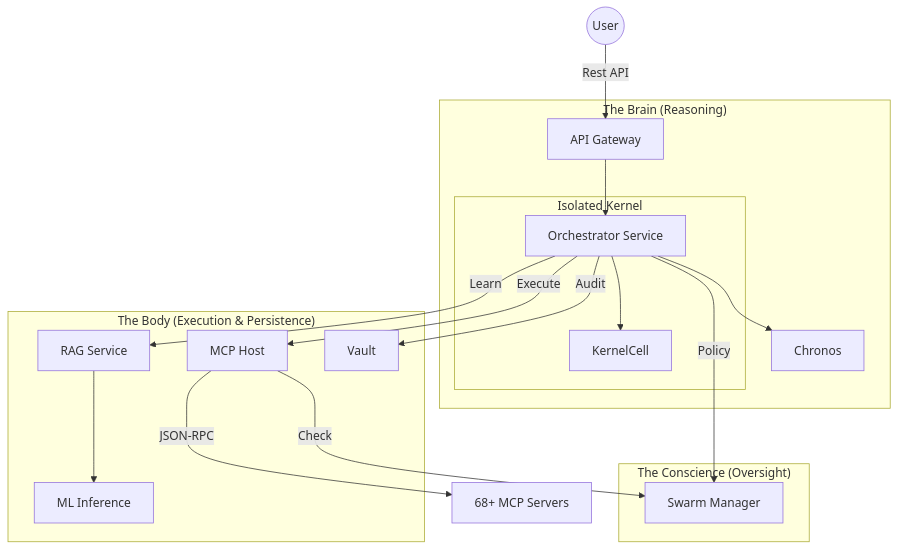
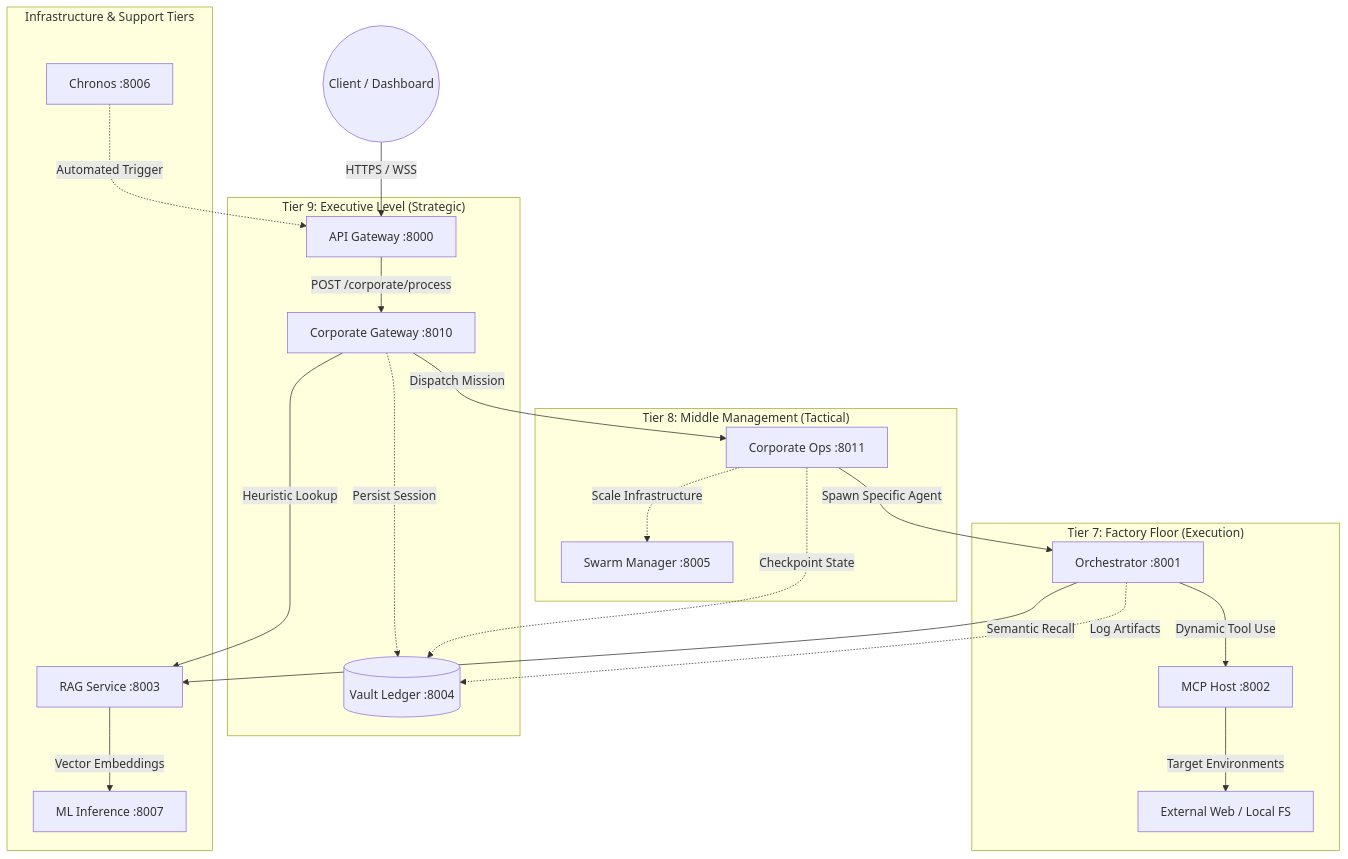
Before and after one commit to azzindani/Kea: the diagram in services/README.md, drawn with Mermaid. The commit also changed other lines of this file and 220 other files, not shown here.

Commit message:
feat: Establish core service infrastructure and populate initial knowledge base with diverse strategies, skills, models, and references.

````diff
--- a/services/README.md
+++ b/services/README.md
@@ -18,26 +37,30 @@
 ```mermaid
 graph TD
-    User((User)) -->|Rest API| Gateway[API Gateway]
+    User((Client / Dashboard)) -->|HTTPS / WSS| ApiGateway[API Gateway :8000]
     
-    subgraph "The Brain (Reasoning)"
-        Gateway --> Orchestrator[Orchestrator Service]
-        subgraph Kernel [Isolated Kernel]
-            Orchestrator --> Cell[KernelCell]
-        end
-        Orchestrator --> Chronos[Chronos]
+    subgraph "Tier 9: Executive Level (Strategic)"
+        ApiGateway -->|POST /corporate/process| CorpGateway[Corporate Gateway :8010]
+        CorpGateway -.->|Persist Session| Vault
     end
     
-    subgraph "The Body (Execution & Persistence)"
-        Orchestrator -->|Execute| Host[MCP Host]
-        Orchestrator -->|Learn| RAG[RAG Service]
-        Orchestrator -->|Audit| Vault[Vault]
-        RAG --> ML[ML Inference]
+    subgraph "Tier 8: Middle Management (Tactical)"
+        CorpGateway -->|Dispatch Mission| CorpOps[Corporate Ops :8011]
+        CorpOps -.->|Checkpoint State| Vault
+        CorpOps -.->|Scale Infrastructure| Swarm[Swarm Manager :8005]
     end
     
-    subgraph "The Conscience (Oversight)"
-        Host -->|Check| Manager[Swarm Manager]
-        Orchestrator -->|Policy| Manager
+    subgraph "Tier 7: Factory Floor (Execution)"
+        CorpOps -->|Spawn Specific Agent| Orchestrator[Orchestrator :8001]
+        Orchestrator -.->|Log Artifacts| Vault
+        Orchestrator -->|Dynamic Tool Use| Host[MCP Host :8002]
+        Host -->|Target Environments| ExternalApi[External Web / Local FS]
     end
     
-    Host -->|JSON-RPC| Tools[68+ MCP Servers]
+    subgraph "Infrastructure & Support Tiers"
+        Orchestrator -->|Semantic Recall| RAG[RAG Service :8003]
+        CorpGateway -->|Heuristic Lookup| RAG
+        Vault[(Vault Ledger :8004)] 
+        RAG -->|Vector Embeddings| ML[ML Inference :8007]
+        Chronos[Chronos :8006] -.->|Automated Trigger| ApiGateway
+    end
 ```
````
